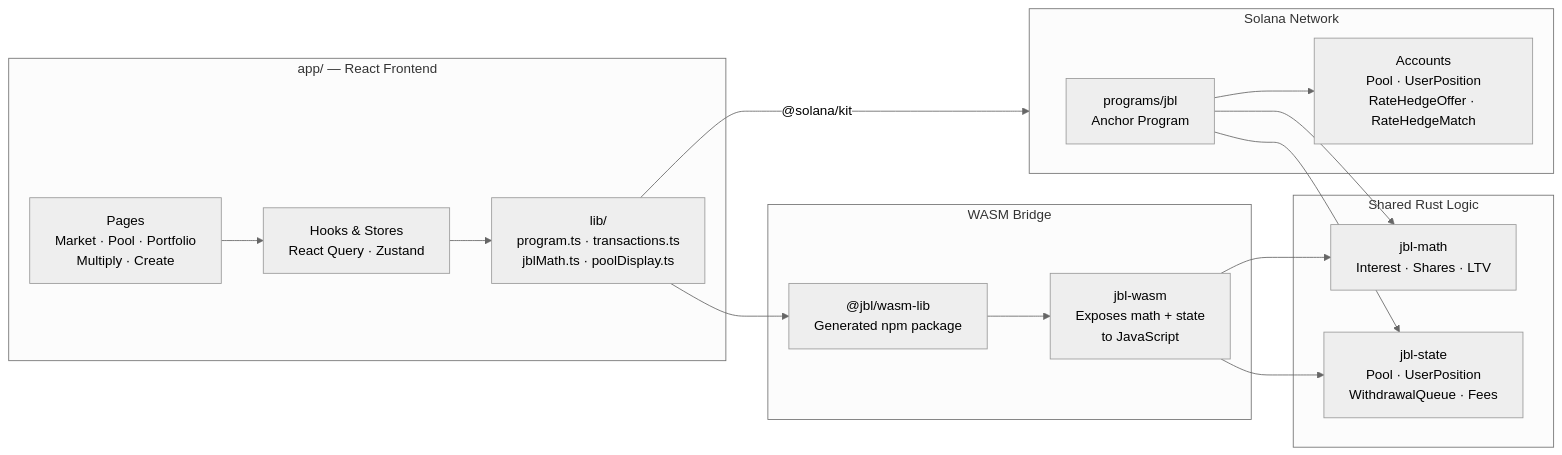
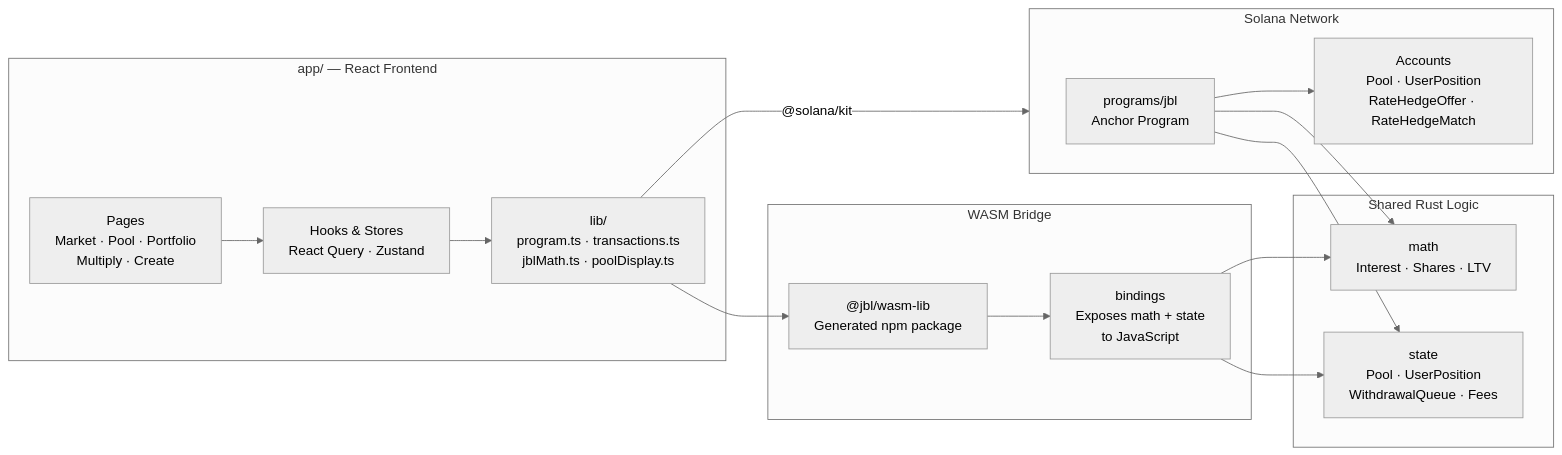
The second of 7 diagrams in ARCHITECTURE.md (calma-labs/calma), drawn with Mermaid (neutral theme) before and after one commit. The commit also changed other lines of this file and 2 other files, not shown here.

Commit message:
minor docs and script update

````diff
--- a/ARCHITECTURE.md
+++ b/ARCHITECTURE.md
@@ -37,34 +37,34 @@
 ```mermaid
 graph LR
     subgraph Frontend["app/ — React Frontend"]
         UI["Pages\nMarket · Pool · Portfolio\nMultiply · Create"]
         HOOKS["Hooks & Stores\nReact Query · Zustand"]
         LIB["lib/\nprogram.ts · transactions.ts\njblMath.ts · poolDisplay.ts"]
     end
 
     subgraph Chain["Solana Network"]
         ANCHOR["programs/jbl\nAnchor Program"]
         ACCOUNTS["Accounts\nPool · UserPosition\nRateHedgeOffer · RateHedgeMatch"]
     end
 
     subgraph Shared["Shared Rust Logic"]
-        JBL_MATH["jbl-math\nInterest · Shares · LTV"]
-        JBL_STATE["jbl-state\nPool · UserPosition\nWithdrawalQueue · Fees"]
+        JBL_MATH["math\nInterest · Shares · LTV"]
+        JBL_STATE["state\nPool · UserPosition\nWithdrawalQueue · Fees"]
     end
 
     subgraph WASM["WASM Bridge"]
-        JBL_WASM["jbl-wasm\nExposes math + state\nto JavaScript"]
+        JBL_WASM["bindings\nExposes math + state\nto JavaScript"]
         WASM_LIB["@jbl/wasm-lib\nGenerated npm package"]
     end
 
     UI --> HOOKS
     HOOKS --> LIB
     LIB -->|"@solana/kit"| Chain
     LIB --> WASM_LIB
     WASM_LIB --> JBL_WASM
     JBL_WASM --> JBL_MATH
     JBL_WASM --> JBL_STATE
     ANCHOR --> JBL_MATH
     ANCHOR --> JBL_STATE
     ANCHOR --> ACCOUNTS
 ```
````
